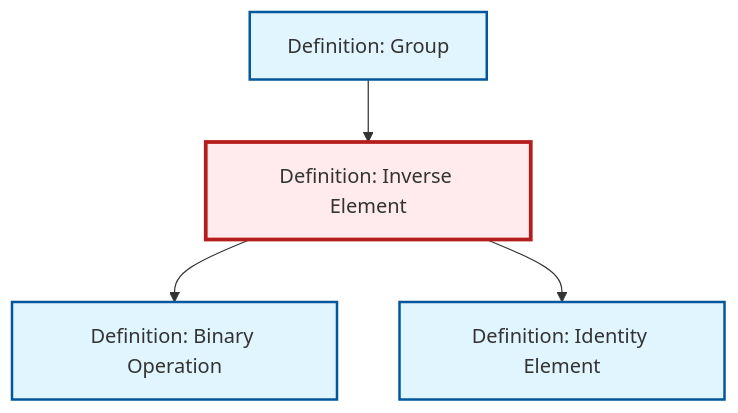
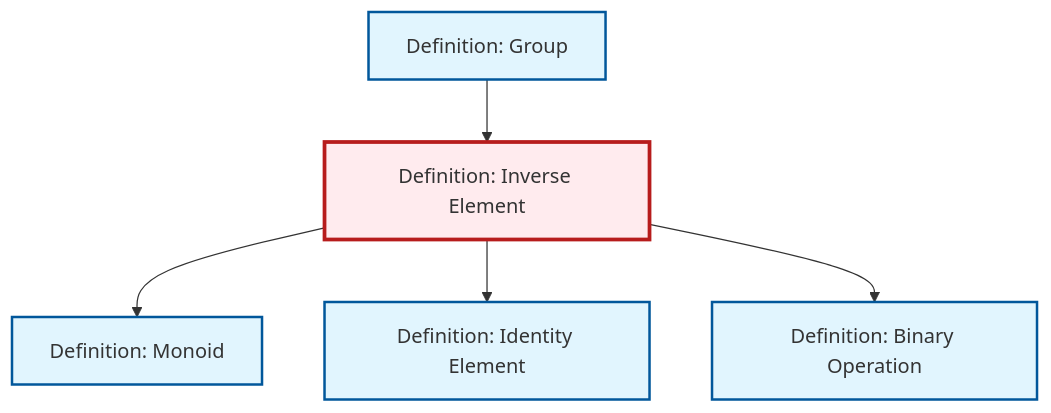
Before and after one commit to RK0429/ModernMath: the diagram in content/en/algebra/def-inverse-element.qmd, drawn with Mermaid. The commit also changed 619 other files, not shown here.

````diff
--- a/content/en/algebra/def-inverse-element.qmd
+++ b/content/en/algebra/def-inverse-element.qmd
@@ -84,20 +84,23 @@
 ```{mermaid}
 %%| fig-cap: "Local dependency graph"
 graph TD
     classDef definition fill:#e1f5fe,stroke:#01579b,stroke-width:2px
     classDef theorem fill:#f3e5f5,stroke:#4a148c,stroke-width:2px
     classDef axiom fill:#fff3e0,stroke:#e65100,stroke-width:2px
     classDef example fill:#e8f5e9,stroke:#1b5e20,stroke-width:2px
     classDef current fill:#ffebee,stroke:#b71c1c,stroke-width:3px
-    def-identity-element["Definition: Identity Element"]:::definition
     def-binary-operation["Definition: Binary Operation"]:::definition
     def-group["Definition: Group"]:::definition
     def-inverse-element["Definition: Inverse Element"]:::definition
-    def-inverse-element --> def-binary-operation
+    def-monoid["Definition: Monoid"]:::definition
+    def-identity-element["Definition: Identity Element"]:::definition
+    def-inverse-element --> def-monoid
     def-group --> def-inverse-element
     def-inverse-element --> def-identity-element
+    def-inverse-element --> def-binary-operation
     class def-inverse-element current
-    click def-identity-element "def-identity-element.html" "Go to Identity Element definition"
     click def-binary-operation "def-binary-operation.html" "Go to Binary Operation definition"
     click def-group "def-group.html" "Go to Group definition"
+    click def-monoid "def-monoid.html" "Go to Monoid definition"
+    click def-identity-element "def-identity-element.html" "Go to Identity Element definition"
 ```
````
